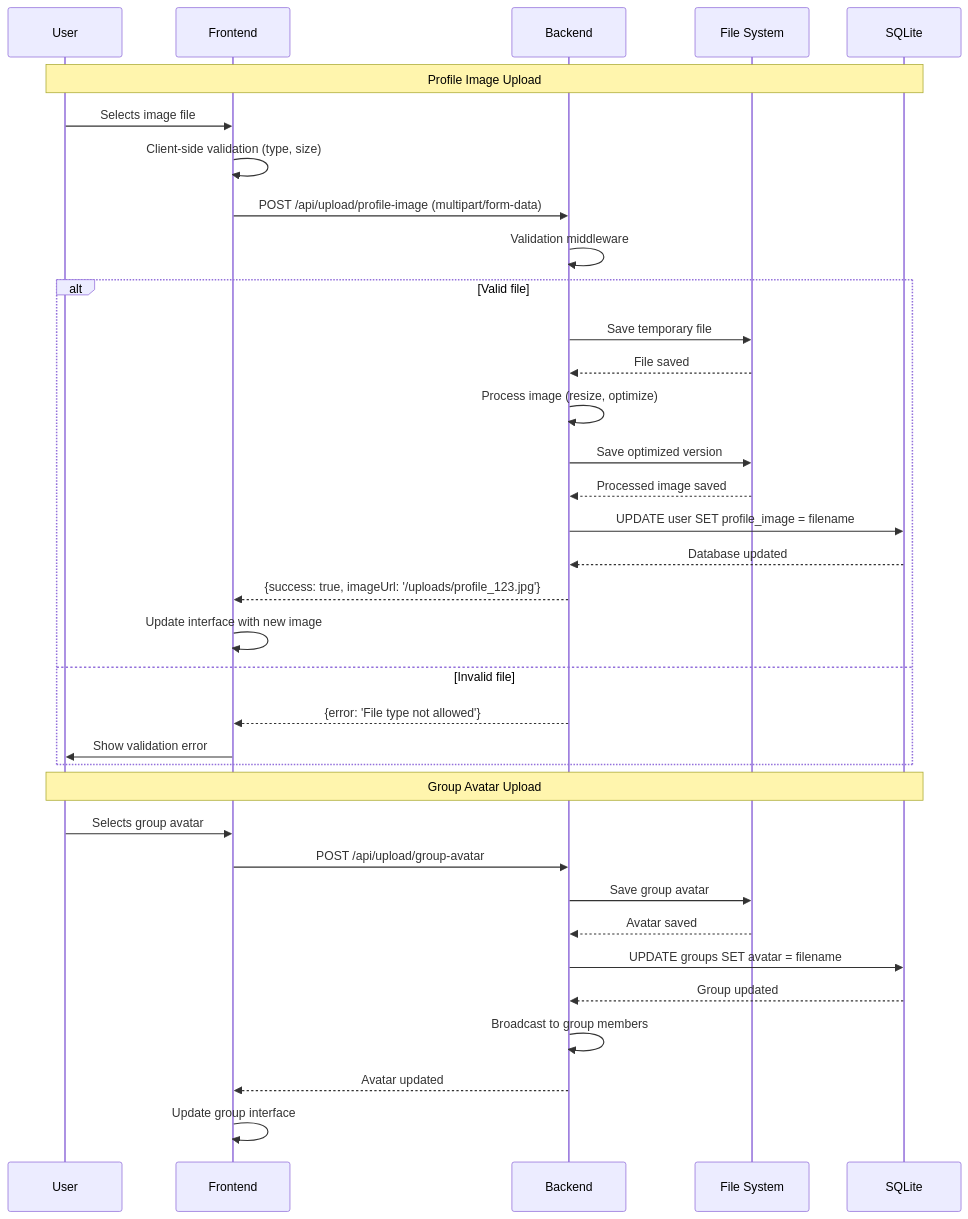
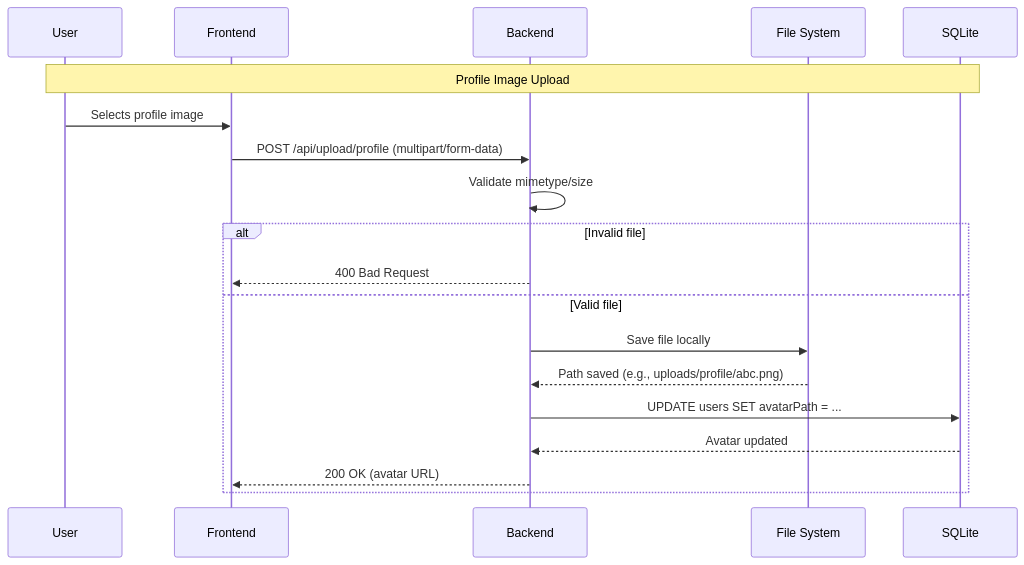
The fifth of 5 diagrams in portfolio-content/projects/aa_space-english.md (wmakeouthill/certificados-wesley), drawn with Mermaid before and after one commit. The commit also changed other lines of this file and 8 other files, not shown here.

````diff
--- a/portfolio-content/projects/aa_space-english.md
+++ b/portfolio-content/projects/aa_space-english.md
@@ -251,42 +251,24 @@
 ```mermaid
-%%{title: "Upload System with Validation and Processing"}%%
+%%{title: "Sistema de Upload com Validação e Processamento"}%%
 sequenceDiagram
     participant U as User
     participant F as Frontend
     participant B as Backend
     participant FS as File System
     participant DB as SQLite
     
     Note over U,DB: Profile Image Upload
     
-    U->>F: Selects image file
-    F->>F: Client-side validation (type, size)
-    F->>B: POST /api/upload/profile-image (multipart/form-data)
-    B->>B: Validation middleware
-    alt Valid file
-        B->>FS: Save temporary file
-        FS-->>B: File saved
-        B->>B: Process image (resize, optimize)
-        B->>FS: Save optimized version
-        FS-->>B: Processed image saved
-        B->>DB: UPDATE user SET profile_image = filename
-        DB-->>B: Database updated
-        B-->>F: {success: true, imageUrl: '/uploads/profile_123.jpg'}
-        F->>F: Update interface with new image
-    else Invalid file
-        B-->>F: {error: 'File type not allowed'}
-        F->>U: Show validation error
+    U->>F: Selects profile image
+    F->>B: POST /api/upload/profile (multipart/form-data)
+    B->>B: Validate mimetype/size
+    alt Invalid file
+        B-->>F: 400 Bad Request
+    else Valid file
+        B->>FS: Save file locally
+        FS-->>B: Path saved (e.g., uploads/profile/abc.png)
+        B->>DB: UPDATE users SET avatarPath = ...
+        DB-->>B: Avatar updated
+        B-->>F: 200 OK (avatar URL)
     end
-    
-    Note over U,DB: Group Avatar Upload
-    
-    U->>F: Selects group avatar
-    F->>B: POST /api/upload/group-avatar
-    B->>FS: Save group avatar
-    FS-->>B: Avatar saved
-    B->>DB: UPDATE groups SET avatar = filename
-    DB-->>B: Group updated
-    B->>B: Broadcast to group members
-    B-->>F: Avatar updated
-    F->>F: Update group interface
 ```
````
